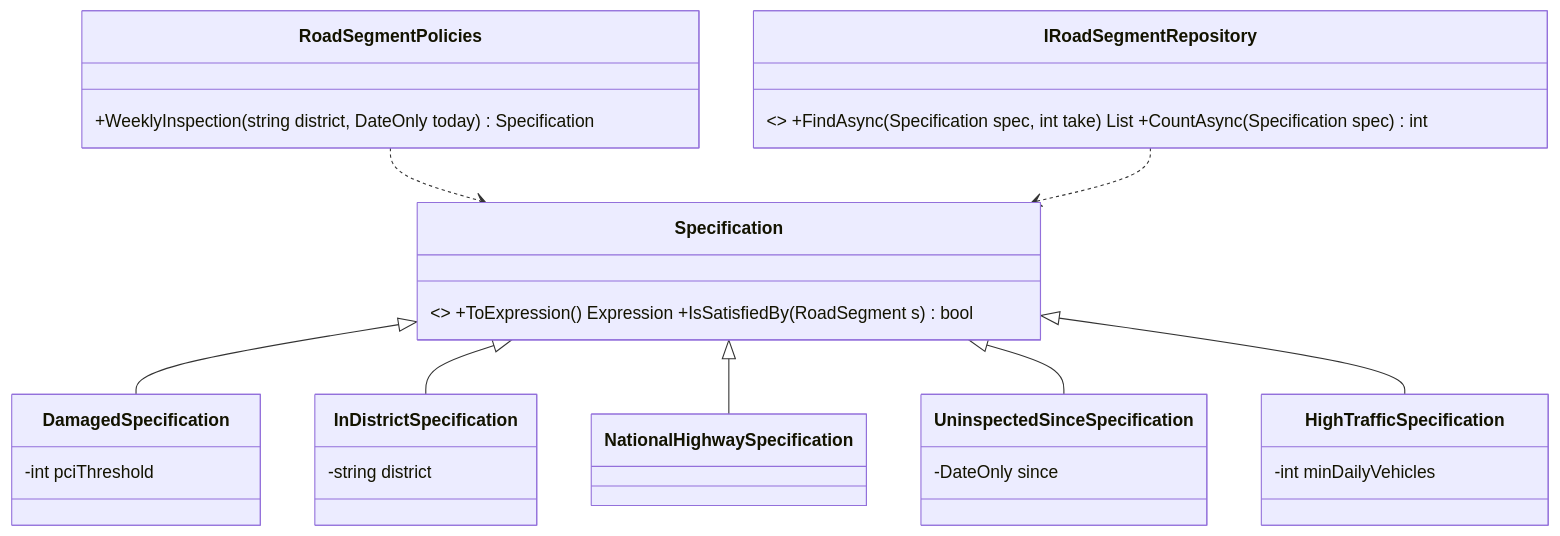
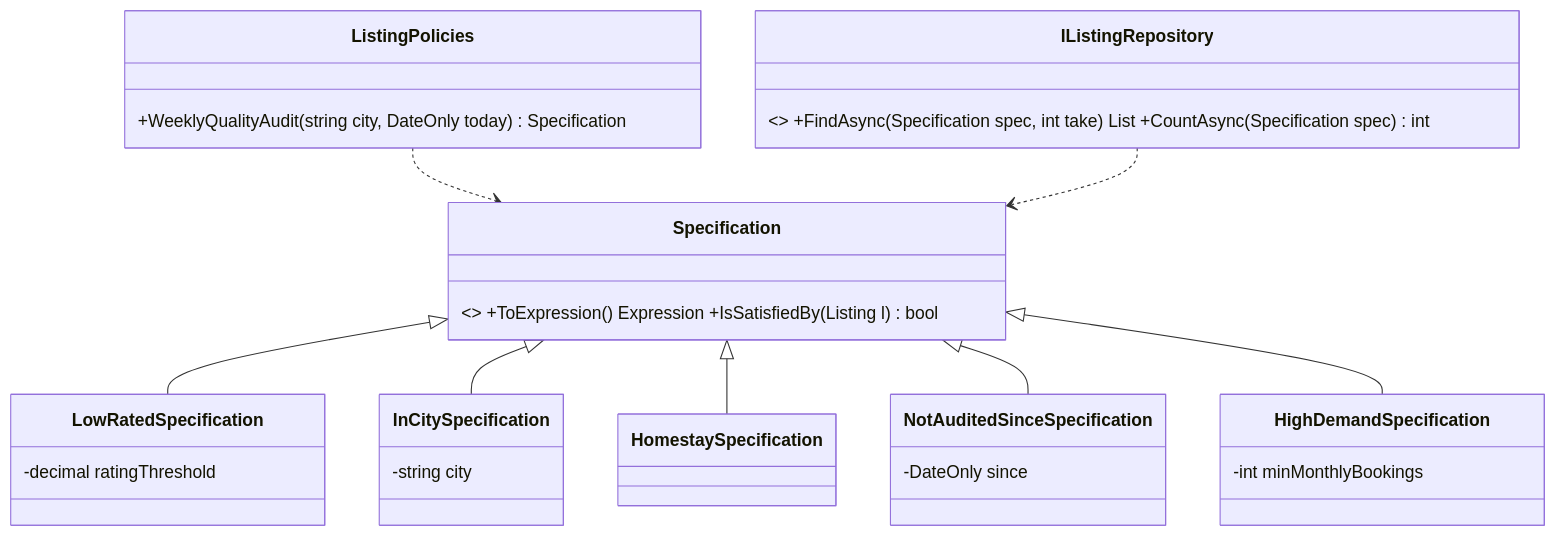
Before and after one commit to rizwi0786/system-design-lab: the third of 3 diagrams in content/lessons/m06/m06-specification.md, drawn with Mermaid. The commit also changed other lines of this file and 334 other files, not shown here.

````diff
--- a/content/lessons/m06/m06-specification.md
+++ b/content/lessons/m06/m06-specification.md
@@ -1285,18 +1328,18 @@
 ```mermaid
 classDiagram
-  class Specification { <<abstract>> +ToExpression() Expression +IsSatisfiedBy(RoadSegment s) bool }
-  class DamagedSpecification { -int pciThreshold }
-  class InDistrictSpecification { -string district }
-  class NationalHighwaySpecification
-  class UninspectedSinceSpecification { -DateOnly since }
-  class HighTrafficSpecification { -int minDailyVehicles }
-  class RoadSegmentPolicies { +WeeklyInspection(string district, DateOnly today) Specification }
-  class IRoadSegmentRepository { <<interface>> +FindAsync(Specification spec, int take) List +CountAsync(Specification spec) int }
-  Specification <|-- DamagedSpecification
-  Specification <|-- InDistrictSpecification
-  Specification <|-- NationalHighwaySpecification
-  Specification <|-- UninspectedSinceSpecification
-  Specification <|-- HighTrafficSpecification
-  RoadSegmentPolicies ..> Specification
-  IRoadSegmentRepository ..> Specification
+  class Specification { <<abstract>> +ToExpression() Expression +IsSatisfiedBy(Listing l) bool }
+  class LowRatedSpecification { -decimal ratingThreshold }
+  class InCitySpecification { -string city }
+  class HomestaySpecification
+  class NotAuditedSinceSpecification { -DateOnly since }
+  class HighDemandSpecification { -int minMonthlyBookings }
+  class ListingPolicies { +WeeklyQualityAudit(string city, DateOnly today) Specification }
+  class IListingRepository { <<interface>> +FindAsync(Specification spec, int take) List +CountAsync(Specification spec) int }
+  Specification <|-- LowRatedSpecification
+  Specification <|-- InCitySpecification
+  Specification <|-- HomestaySpecification
+  Specification <|-- NotAuditedSinceSpecification
+  Specification <|-- HighDemandSpecification
+  ListingPolicies ..> Specification
+  IListingRepository ..> Specification
 ```
````
